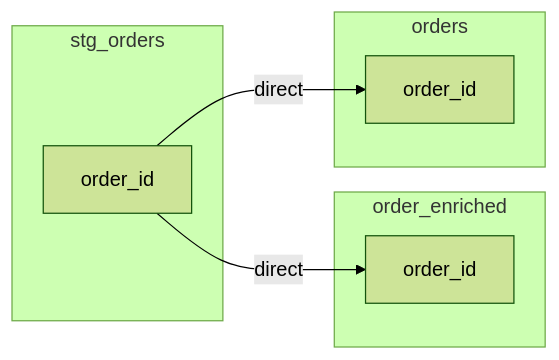
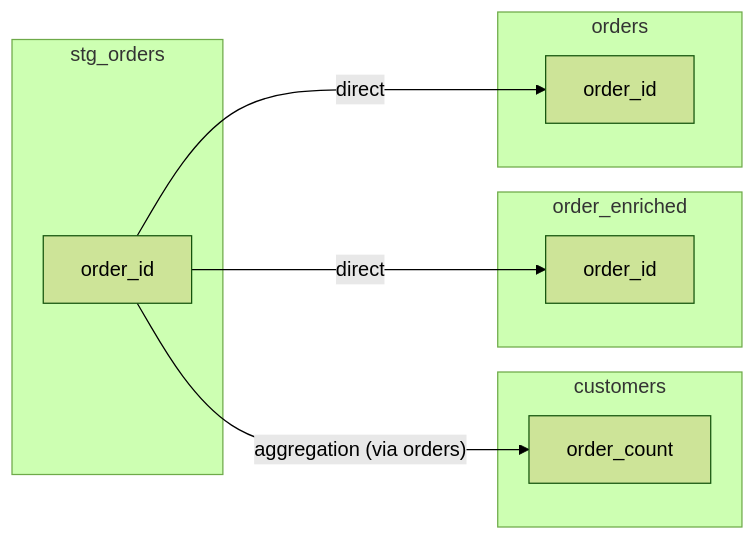
Before and after one commit to eitsupi/dlin: the fifth of 5 diagrams in README.md, drawn with Mermaid (forest theme). The commit also changed other lines of this file and 3 other files, not shown here.

````diff
--- a/README.md
+++ b/README.md
@@ -331,15 +312,19 @@
 ```mermaid
 flowchart LR
-  subgraph sg0["order_enriched"]
-    n0_0["order_id"]
+  subgraph sg0["customers"]
+    n0_0["order_count"]
   end
-  subgraph sg1["orders"]
+  subgraph sg1["order_enriched"]
     n1_0["order_id"]
   end
-  subgraph sg2["stg_orders"]
+  subgraph sg2["orders"]
     n2_0["order_id"]
   end
+  subgraph sg3["stg_orders"]
+    n3_0["order_id"]
+  end
 
-  n2_0 -->|"direct"|n0_0
-  n2_0 -->|"direct"|n1_0
+  n3_0 -->|"aggregation (via orders)"|n0_0
+  n3_0 -->|"direct"|n1_0
+  n3_0 -->|"direct"|n2_0
 ```
````
